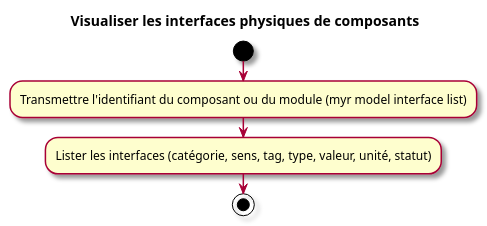
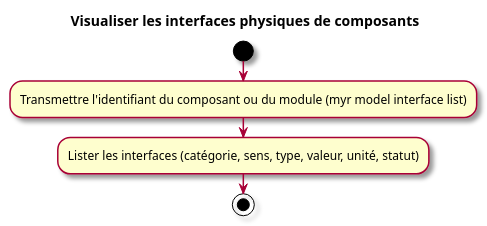
Before and after one commit to myr-forge/myr-core: the fourth of 4 diagrams in specs/1-Expression/UCAM-Assemblage_Module/UCAM02.md, drawn with PlantUML. The commit also changed 23 other files, not shown here.

First line of the commit message:
docs(specs): drop the tag criterion from RM11, track multi-constraint interfaces

````diff
--- a/specs/1-Expression/UCAM-Assemblage_Module/UCAM02.md
+++ b/specs/1-Expression/UCAM-Assemblage_Module/UCAM02.md
@@ -84,10 +84,10 @@
 ```plantuml
 @startuml
 skin rose
 title Visualiser les interfaces physiques de composants
 start
 :Transmettre l'identifiant du composant ou du module (myr model interface list);
-:Lister les interfaces (catégorie, sens, tag, type, valeur, unité, statut);
+:Lister les interfaces (catégorie, sens, type, valeur, unité, statut);
 stop
 @enduml
 ```
````
